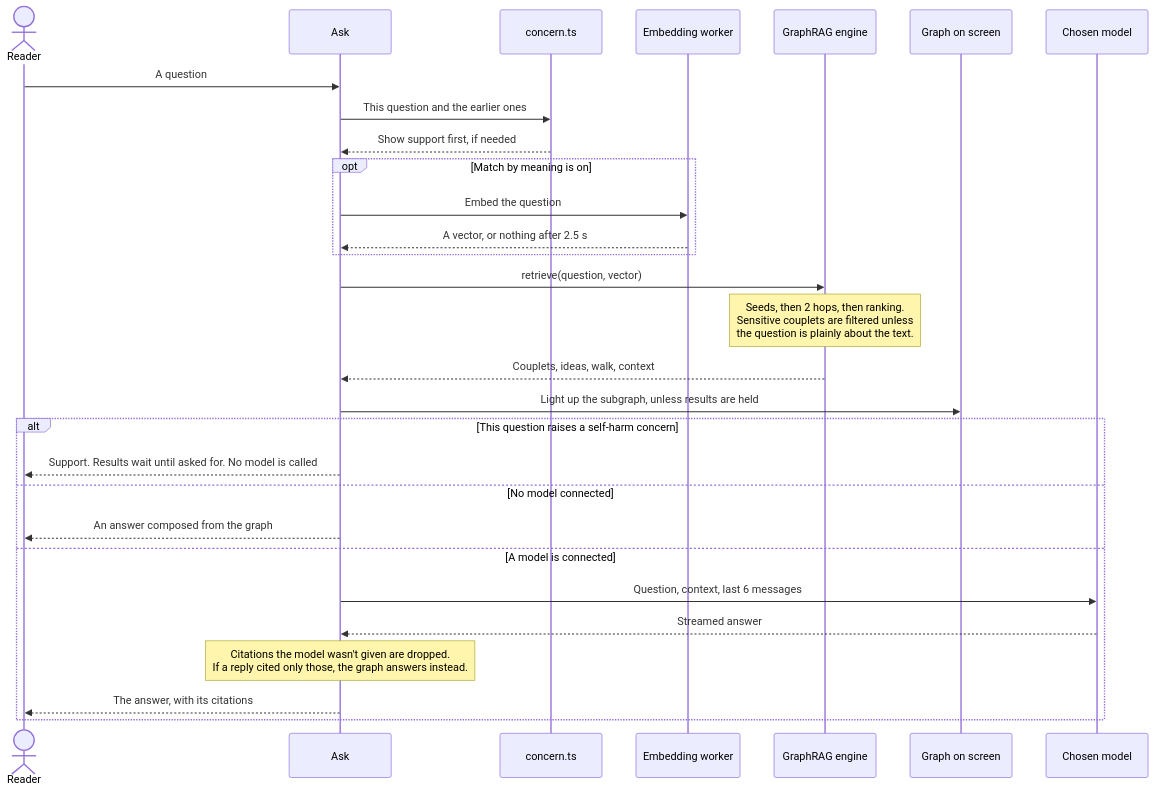
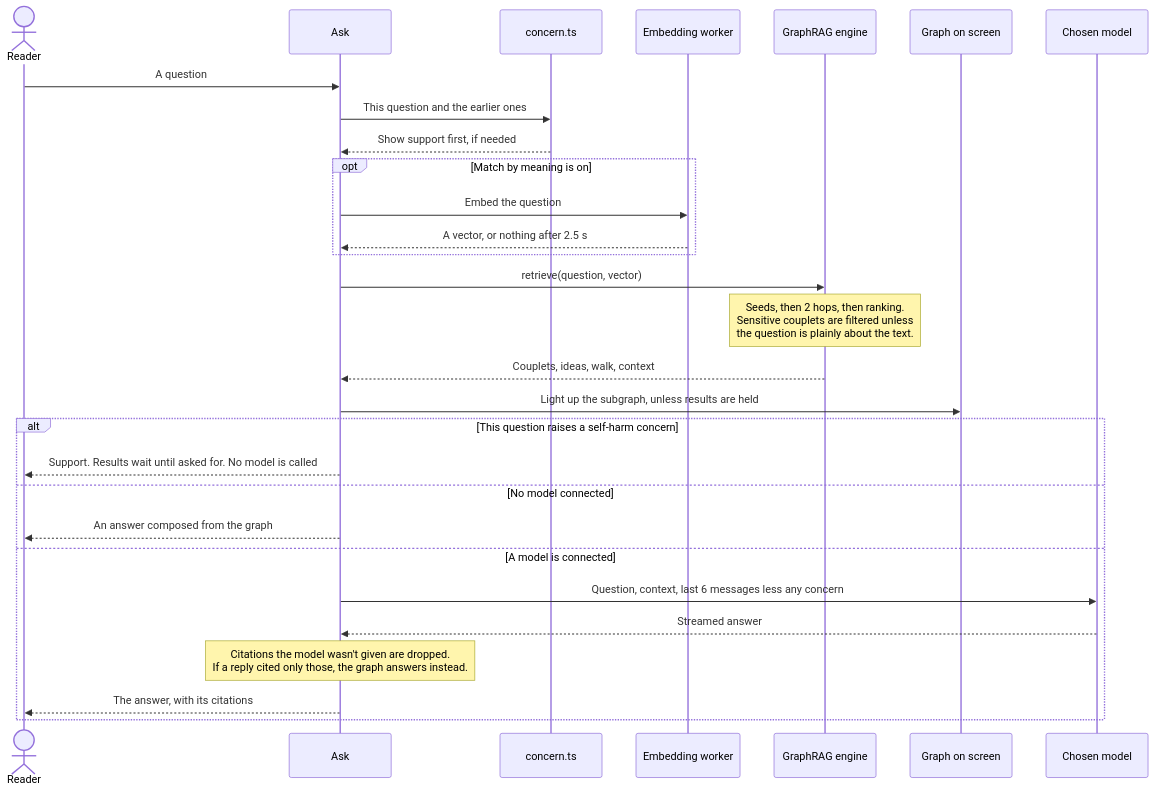
Before and after one commit to carun/kural-graph: the fifth of 5 diagrams in ARCHITECTURE.md, drawn with Mermaid. The commit also changed other lines of this file, not shown here.

First line of the commit message:
Bring ARCHITECTURE.md up to date

````diff
--- a/ARCHITECTURE.md
+++ b/ARCHITECTURE.md
@@ -240,32 +240,32 @@
 ```mermaid
 sequenceDiagram
   actor R as Reader
   participant A as Ask
   participant C as concern.ts
   participant W as Embedding worker
   participant E as GraphRAG engine
   participant G as Graph on screen
   participant M as Chosen model
 
   R->>A: A question
   A->>C: This question and the earlier ones
   C-->>A: Show support first, if needed
   opt Match by meaning is on
     A->>W: Embed the question
     W-->>A: A vector, or nothing after 2.5 s
   end
   A->>E: retrieve(question, vector)
   Note over E: Seeds, then 2 hops, then ranking.<br/>Sensitive couplets are filtered unless<br/>the question is plainly about the text.
   E-->>A: Couplets, ideas, walk, context
   A->>G: Light up the subgraph, unless results are held
   alt This question raises a self-harm concern
     A-->>R: Support. Results wait until asked for. No model is called
   else No model connected
     A-->>R: An answer composed from the graph
   else A model is connected
-    A->>M: Question, context, last 6 messages
+    A->>M: Question, context, last 6 messages less any concern
     M-->>A: Streamed answer
     Note over A: Citations the model wasn't given are dropped.<br/>If a reply cited only those, the graph answers instead.
     A-->>R: The answer, with its citations
   end
 ```
````
